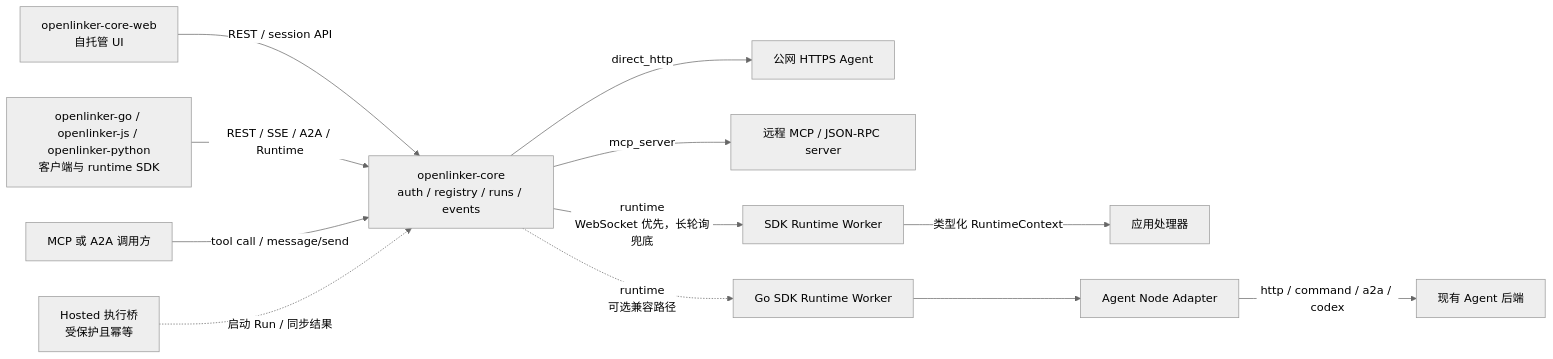
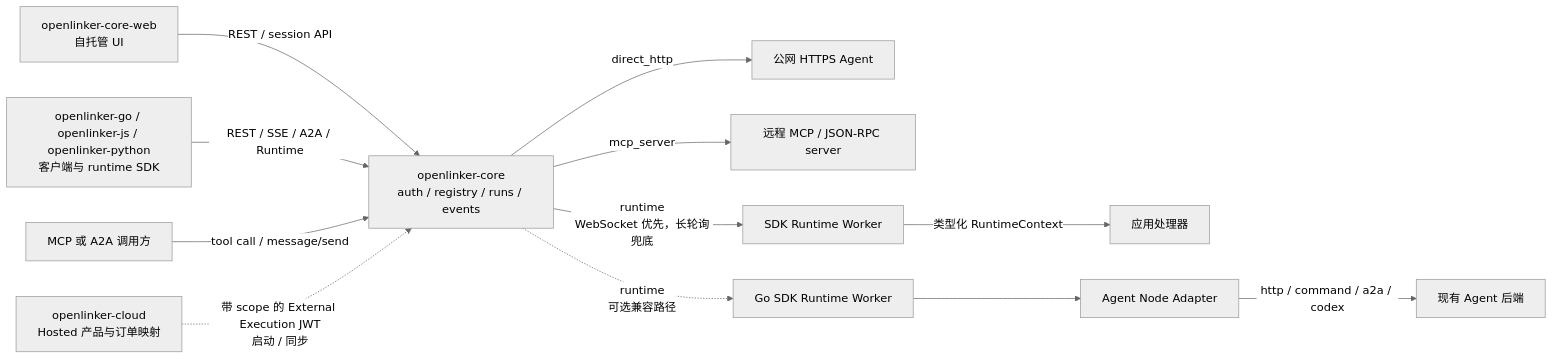
One commit to Frank-svg-dev/openlinker-core changed the first of 2 diagrams in README.zh-CN.md. Above: the diagram before and after it, drawn with Mermaid (neutral theme). The commit also changed other lines of this file and 112 other files, not shown here.

Commit message:
refactor: make core authoritative for runtime execution

````diff
--- a/README.zh-CN.md
+++ b/README.zh-CN.md
@@ -54,19 +54,19 @@
 ```mermaid
 flowchart LR
   CoreWeb["openlinker-core-web<br/>自托管 UI"] -->|"REST / session API"| Core
   SDKs["openlinker-go / openlinker-js / openlinker-python<br/>客户端与 runtime SDK"] -->|"REST / SSE / A2A / Runtime"| Core
   MCPCaller["MCP 或 A2A 调用方"] -->|"tool call / message/send"| Core
 
-  HostedBridge["Hosted 执行桥<br/>受保护且幂等"] -.->|"启动 Run / 同步结果"| Core
+  Cloud["openlinker-cloud<br/>Hosted 产品与订单映射"] -.->|"带 scope 的 External Execution JWT<br/>启动 / 同步"| Core
 
   Core["openlinker-core<br/>auth / registry / runs / events"]
 
   Core -->|"direct_http"| HTTPAgent["公网 HTTPS Agent"]
   Core -->|"mcp_server"| MCPAgent["远程 MCP / JSON-RPC server"]
   Core -->|"runtime<br/>WebSocket 优先，长轮询兜底"| RuntimeWorker["SDK Runtime Worker"]
   RuntimeWorker -->|"类型化 RuntimeContext"| Handler["应用处理器"]
 
   Core -.->|"runtime<br/>可选兼容路径"| AdapterWorker["Go SDK Runtime Worker"]
   AdapterWorker --> AgentNode["Agent Node Adapter"]
   AgentNode -->|"http / command / a2a / codex"| Backend["现有 Agent 后端"]
 ```
````
